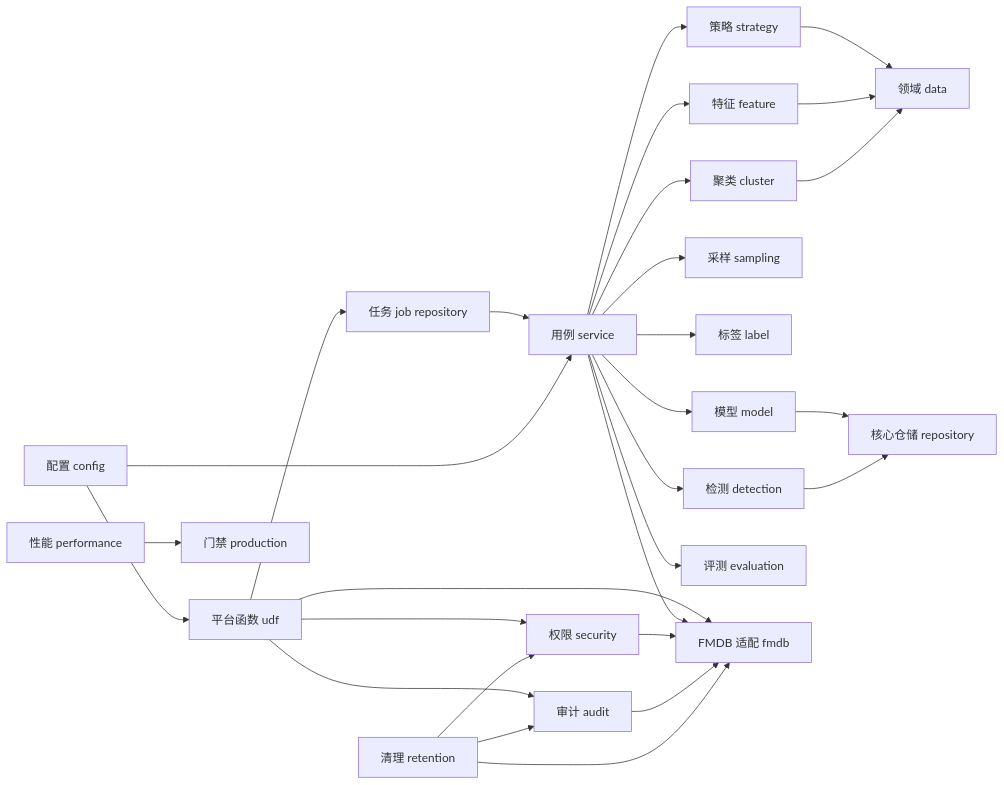
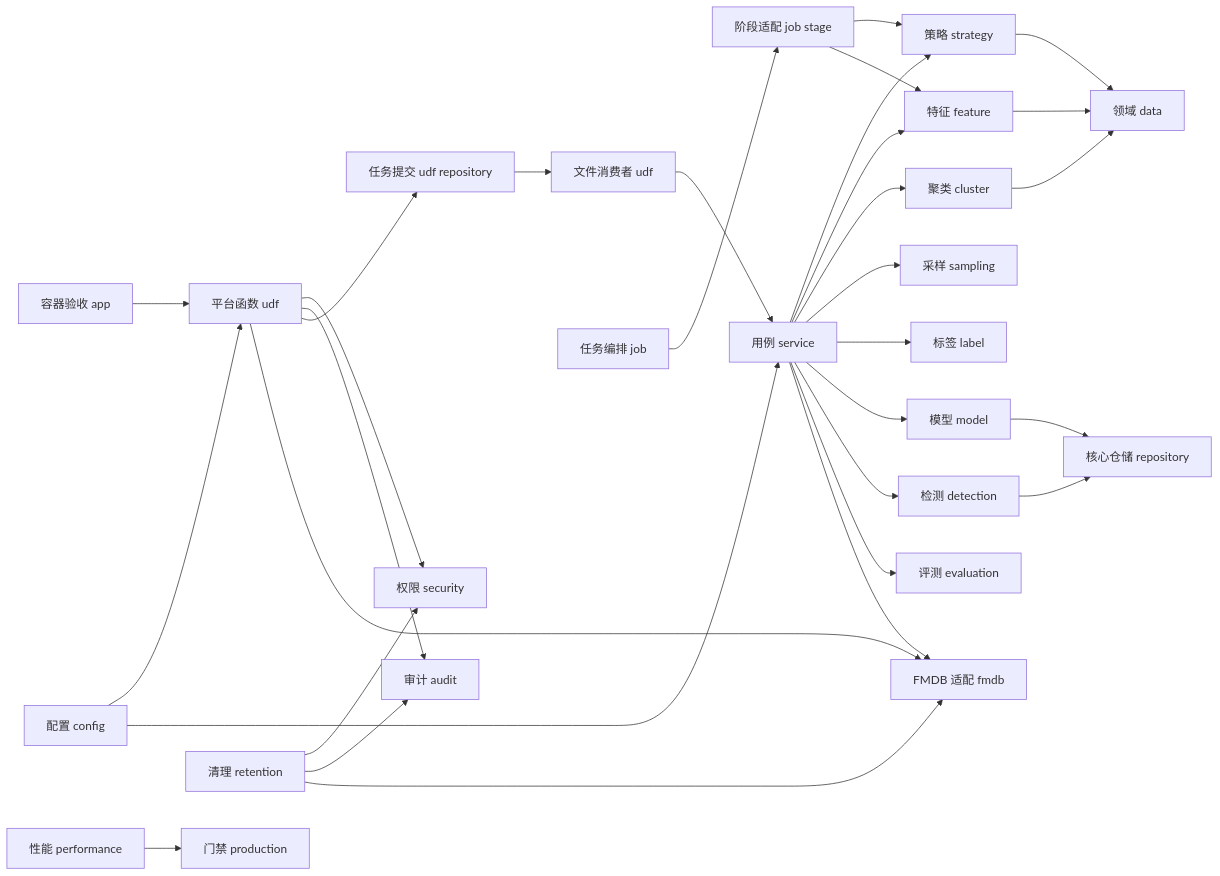
One commit to 18963603561/fmdb_udf_raha changed the second of 14 diagrams in doc/20260715/Raha工程-源码完整分析-202607150943.md. Above: the diagram before and after it, drawn with Mermaid. The commit also changed other lines of this file and 12 other files, not shown here.

````diff
--- a/doc/20260715/Raha工程-源码完整分析-202607150943.md
+++ b/doc/20260715/Raha工程-源码完整分析-202607150943.md
@@ -650,30 +694,33 @@
 ```mermaid
 graph LR;
-n01[平台函数 udf] --> n02[权限 security];
-n01 --> n03[审计 audit];
-n01 --> n04[任务 job repository];
-n04 --> n05[用例 service];
-n05 --> n06[策略 strategy];
-n05 --> n07[特征 feature];
-n05 --> n08[聚类 cluster];
-n05 --> n09[采样 sampling];
-n05 --> n10[标签 label];
-n05 --> n11[模型 model];
-n05 --> n12[检测 detection];
-n05 --> n13[评测 evaluation];
-n06 --> n14[领域 data];
-n07 --> n14;
-n08 --> n14;
-n11 --> n15[核心仓储 repository];
-n12 --> n15;
-n01 --> n16[FMDB 适配 fmdb];
-n05 --> n16;
-n02 --> n16;
-n03 --> n16;
-n17[配置 config] --> n01;
-n17 --> n05;
-n18[性能 performance] --> n19[门禁 production];
-n20[清理 retention] --> n02;
-n20 --> n03;
-n20 --> n16;
+n01[容器验收 app] --> n02[平台函数 udf];
+n02 --> n03[权限 security];
+n02 --> n04[审计 audit];
+n02 --> n05[任务提交 udf repository];
+n05 --> n06[文件消费者 udf];
+n06 --> n07[用例 service];
+n07 --> n08[策略 strategy];
+n07 --> n09[特征 feature];
+n07 --> n10[聚类 cluster];
+n07 --> n11[采样 sampling];
+n07 --> n12[标签 label];
+n07 --> n13[模型 model];
+n07 --> n14[检测 detection];
+n07 --> n15[评测 evaluation];
+n08 --> n16[领域 data];
+n09 --> n16;
+n10 --> n16;
+n13 --> n17[核心仓储 repository];
+n14 --> n17;
+n02 --> n18[FMDB 适配 fmdb];
+n07 --> n18;
+n19[任务编排 job] --> n20[阶段适配 job stage];
+n20 --> n08;
+n20 --> n09;
+n21[配置 config] --> n02;
+n21 --> n07;
+n22[性能 performance] --> n23[门禁 production];
+n24[清理 retention] --> n03;
+n24 --> n04;
+n24 --> n18;
 ```
````
